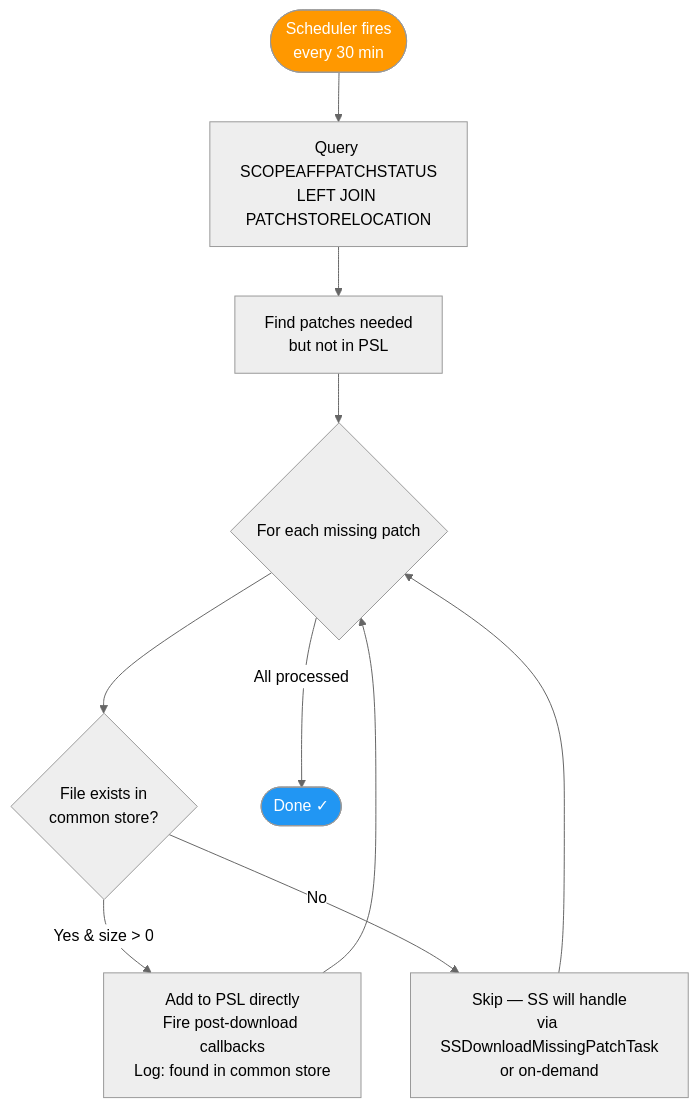
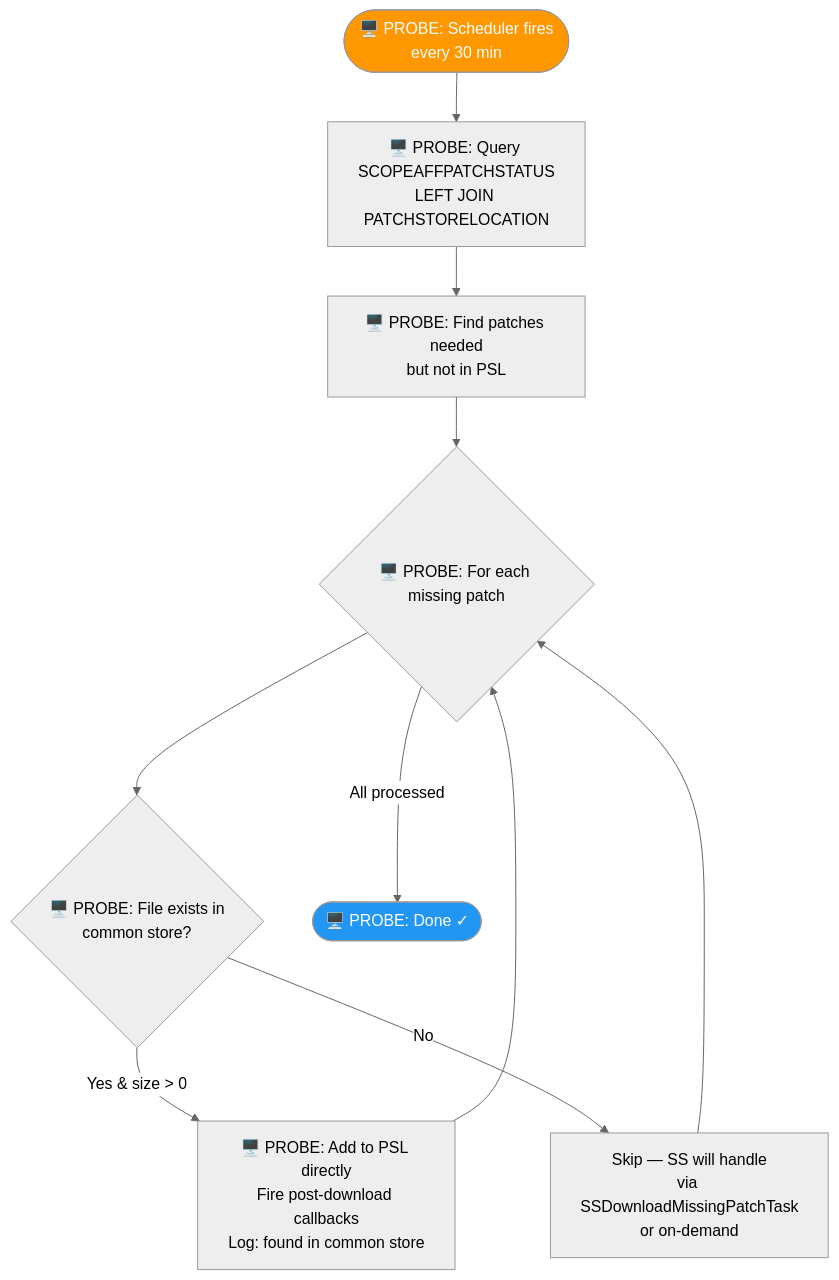
One commit to ranjithkumar-a-23525/RebaseEx changed the third of 29 diagrams in use-case-diagrams.md. Above: the diagram before and after it, drawn with Mermaid (neutral theme). The commit also changed other lines of this file, not shown here.

````diff
--- a/use-case-diagrams.md
+++ b/use-case-diagrams.md
@@ -62,15 +62,15 @@
 ```mermaid
 flowchart TD
-    A([Scheduler fires<br/>every 30 min]) --> B[Query SCOPEAFFPATCHSTATUS<br/>LEFT JOIN PATCHSTORELOCATION]
-    B --> C[Find patches needed<br/>but not in PSL]
-    C --> D{For each missing patch}
-    D --> E{File exists in<br/>common store?}
-    E -->|Yes & size > 0| F[Add to PSL directly<br/>Fire post-download callbacks<br/>Log: found in common store]
-    E -->|No| G[Skip — SS will handle<br/>via SSDownloadMissingPatchTask<br/>or on-demand]
+    A(["🖥️ PROBE: Scheduler fires<br/>every 30 min"]) --> B["🖥️ PROBE: Query SCOPEAFFPATCHSTATUS<br/>LEFT JOIN PATCHSTORELOCATION"]
+    B --> C["🖥️ PROBE: Find patches needed<br/>but not in PSL"]
+    C --> D{"🖥️ PROBE: For each missing patch"}
+    D --> E{"🖥️ PROBE: File exists in<br/>common store?"}
+    E -->|"Yes & size > 0"| F["🖥️ PROBE: Add to PSL directly<br/>Fire post-download callbacks<br/>Log: found in common store"]
+    E -->|No| G["Skip — SS will handle<br/>via SSDownloadMissingPatchTask<br/>or on-demand"]
     F --> D
     G --> D
-    D -->|All processed| H([Done ✓])
+    D -->|All processed| H(["🖥️ PROBE: Done ✓"])
 
     style A fill:#FF9800,color:#fff
     style H fill:#2196F3,color:#fff
 ```
````
